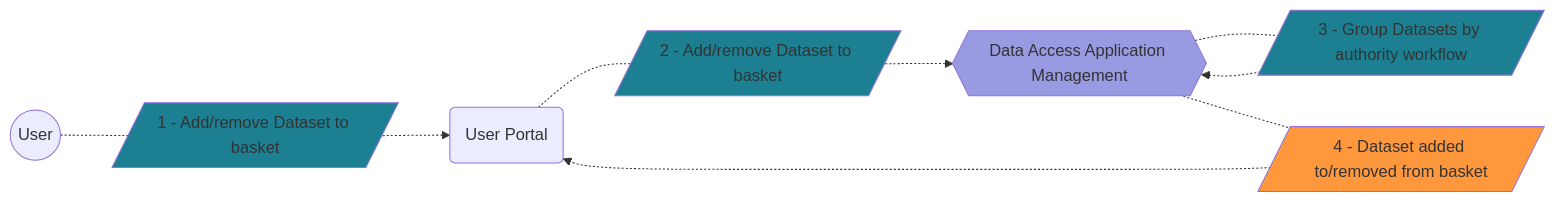
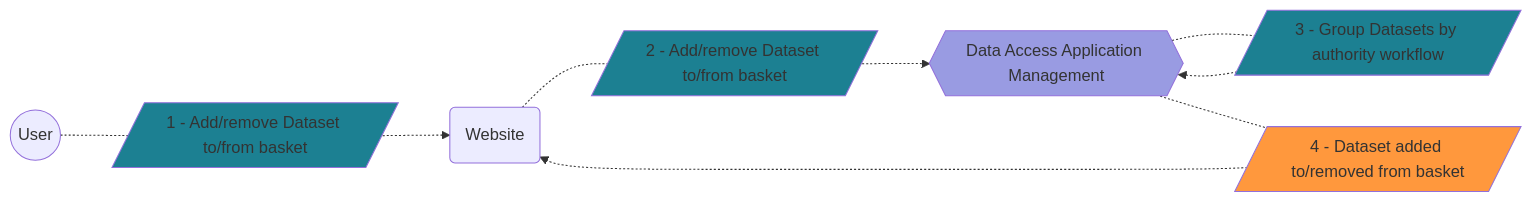
The second of 15 diagrams in content/docs/data-access-application-management/use-cases/_index.md (GenomicDataInfrastructure/gdi-userportal-docs), drawn with Mermaid before and after one commit. The commit also changed other lines of this file, not shown here.

````diff
--- a/content/docs/data-access-application-management/use-cases/_index.md
+++ b/content/docs/data-access-application-management/use-cases/_index.md
@@ -52,42 +52,42 @@
 ```mermaid
 flowchart LR
     user(("`
         User
     `"))
     
-    user_portal("`
-        User Portal
+    website("`
+        Website
     `")
     
     daam{{"`
         Data Access Application Management
     `"}}
     style daam fill:#999be2
 
     add_dataset_1[/"`
-        1 - Add/remove Dataset to basket
+        1 - Add/remove Dataset to/from basket
     `"/]
     add_dataset_2[/"`
-        2 - Add/remove Dataset to basket
+        2 - Add/remove Dataset to/from basket
     `"/]
     group_dataset_by_authority_workflow[/"`
         3 - Group Datasets by authority workflow
     `"/]
     style add_dataset_1 fill:#1C8092
     style add_dataset_2 fill:#1C8092
     style group_dataset_by_authority_workflow fill:#1C8092
 
     dataset_added[/"`
         4 - Dataset added to/removed from basket
     `"/]
     style dataset_added fill:#FF983D
 
     user -.- add_dataset_1
-    add_dataset_1 -.-> user_portal
-    user_portal -.- add_dataset_2
+    add_dataset_1 -.-> website
+    website -.- add_dataset_2
     add_dataset_2 -.-> daam
     daam -.- group_dataset_by_authority_workflow
     group_dataset_by_authority_workflow -.-> daam
     daam -.- dataset_added
-    dataset_added -.-> user_portal
+    dataset_added -.-> website
 ```
````
